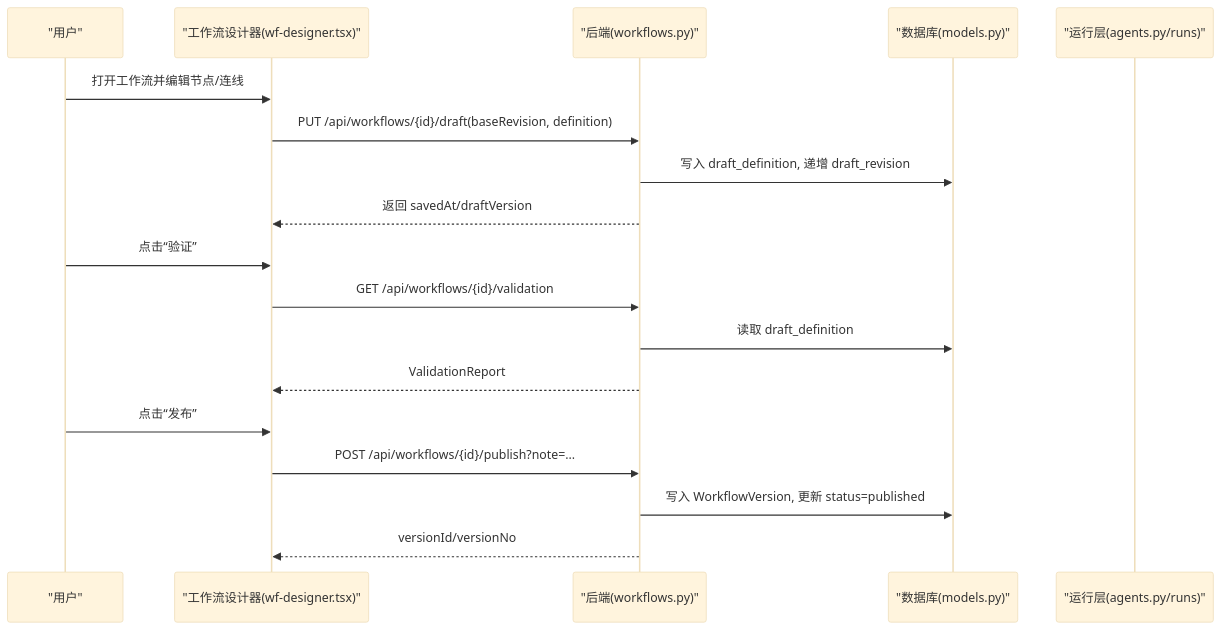
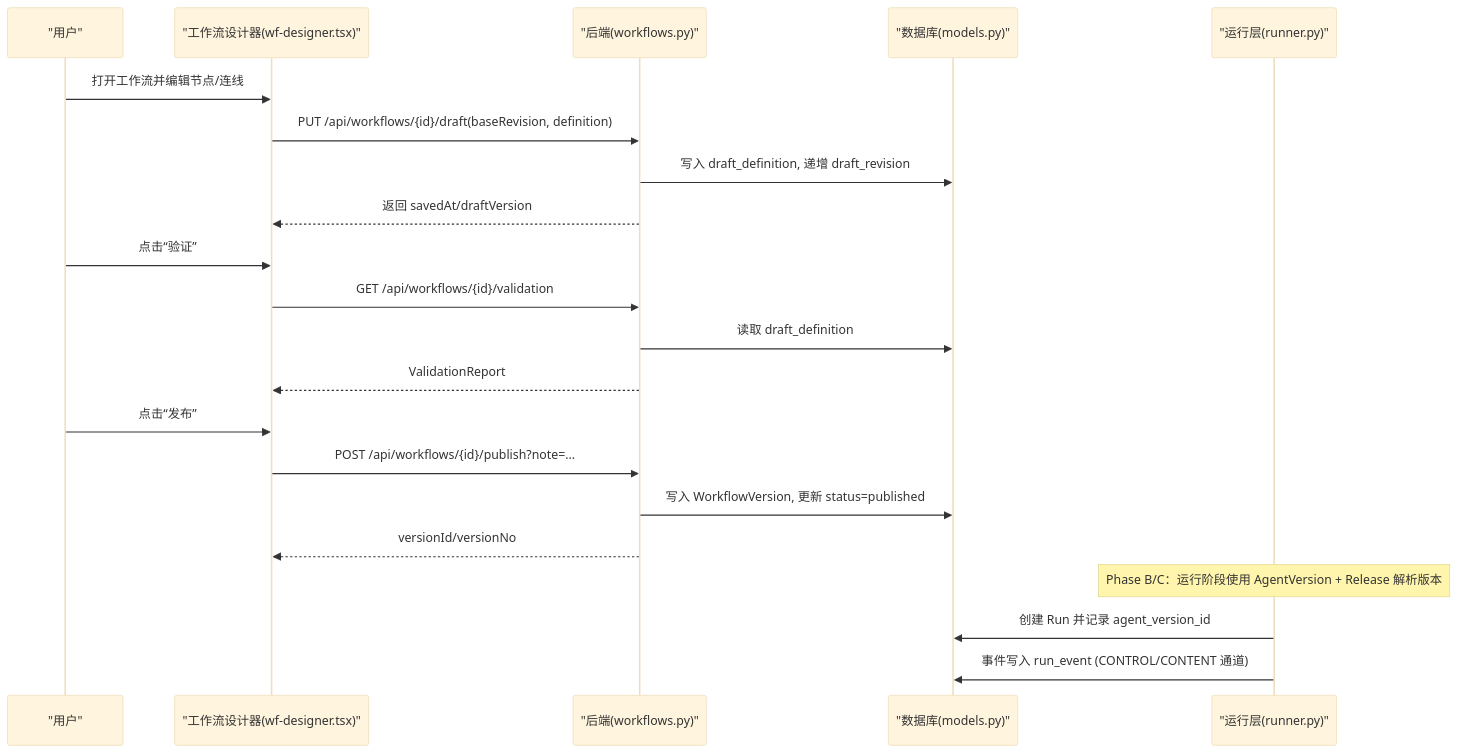
The first of 3 diagrams in .qoder/repowiki/zh/content/Agent 与工作流域.md (huiliuxu780/MoreThanCorn), drawn with Mermaid (base theme) before and after one commit. The commit also changed other lines of this file and 136 other files, not shown here.

````diff
--- a/.qoder/repowiki/zh/content/Agent 与工作流域.md
+++ b/.qoder/repowiki/zh/content/Agent 与工作流域.md
@@ -25,20 +43,23 @@
 ```mermaid
 sequenceDiagram
 participant U as "用户"
 participant FE as "工作流设计器(wf-designer.tsx)"
 participant API as "后端(workflows.py)"
 participant DB as "数据库(models.py)"
-participant RUN as "运行层(agents.py/runs)"
+participant RUN as "运行层(runner.py)"
 U->>FE : 打开工作流并编辑节点/连线
 FE->>API : PUT /api/workflows/{id}/draft(baseRevision, definition)
 API->>DB : 写入 draft_definition, 递增 draft_revision
 API-->>FE : 返回 savedAt/draftVersion
 U->>FE : 点击“验证”
 FE->>API : GET /api/workflows/{id}/validation
 API->>DB : 读取 draft_definition
 API-->>FE : ValidationReport
 U->>FE : 点击“发布”
 FE->>API : POST /api/workflows/{id}/publish?note=...
 API->>DB : 写入 WorkflowVersion, 更新 status=published
 API-->>FE : versionId/versionNo
+Note over RUN : Phase B/C：运行阶段使用 AgentVersion + Release 解析版本
+RUN->>DB : 创建 Run 并记录 agent_version_id
+RUN->>DB : 事件写入 run_event (CONTROL/CONTENT 通道)
 ```
````
